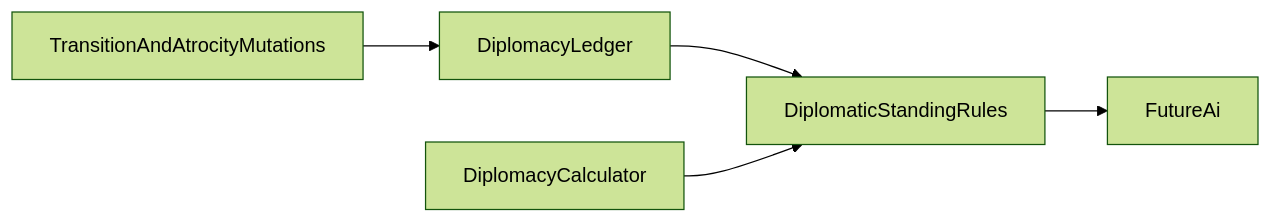
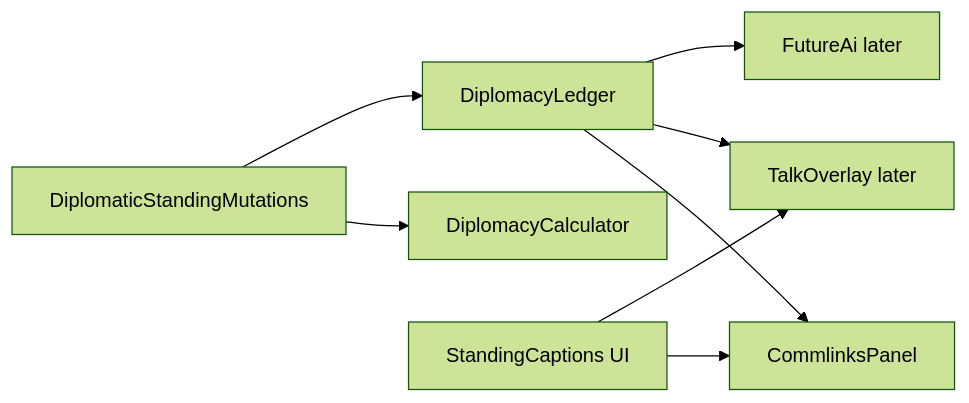
Before and after one commit to kilianloftis/alpha-centauri: the diagram in .devin/plans/finish_diplomacy_roadmap_6ecba412.plan.md, drawn with Mermaid (forest theme). The commit also changed other lines of this file and 27 other files, not shown here.

````diff
--- a/.devin/plans/finish_diplomacy_roadmap_6ecba412.plan.md
+++ b/.devin/plans/finish_diplomacy_roadmap_6ecba412.plan.md
@@ -29,12 +34,17 @@
 ```mermaid
 flowchart LR
-  Mutations[TransitionAndAtrocityMutations]
+  Writers[DiplomaticStandingMutations]
+  Calc[DiplomacyCalculator]
   Ledger[DiplomacyLedger]
-  Calc[DiplomacyCalculator]
-  Rules[DiplomaticStandingRules]
-  FutureAi[FutureAi]
-  Mutations --> Ledger
-  Ledger --> Rules
-  Calc --> Rules
-  Rules --> FutureAi
+  Captions[StandingCaptions UI]
+  Panel[CommlinksPanel]
+  Talk[TalkOverlay later]
+  FutureAi[FutureAi later]
+  Writers --> Calc
+  Writers --> Ledger
+  Ledger --> Panel
+  Ledger --> Talk
+  Captions --> Panel
+  Captions --> Talk
+  Ledger --> FutureAi
 ```
````
